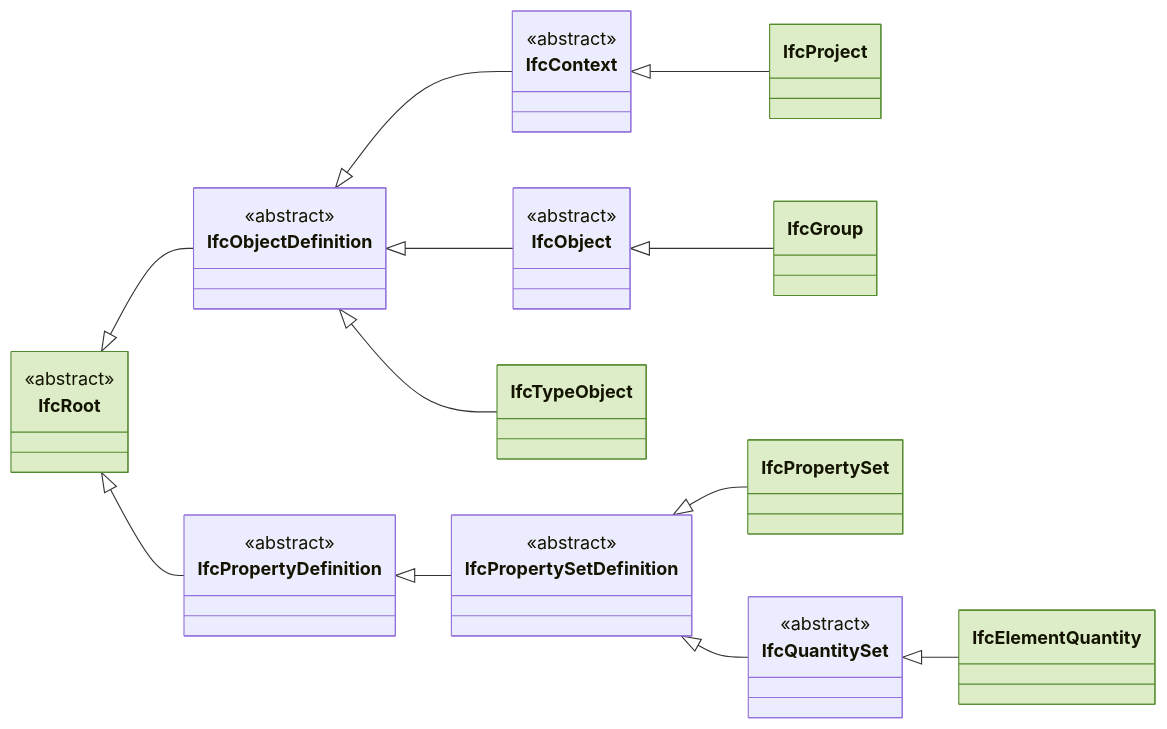
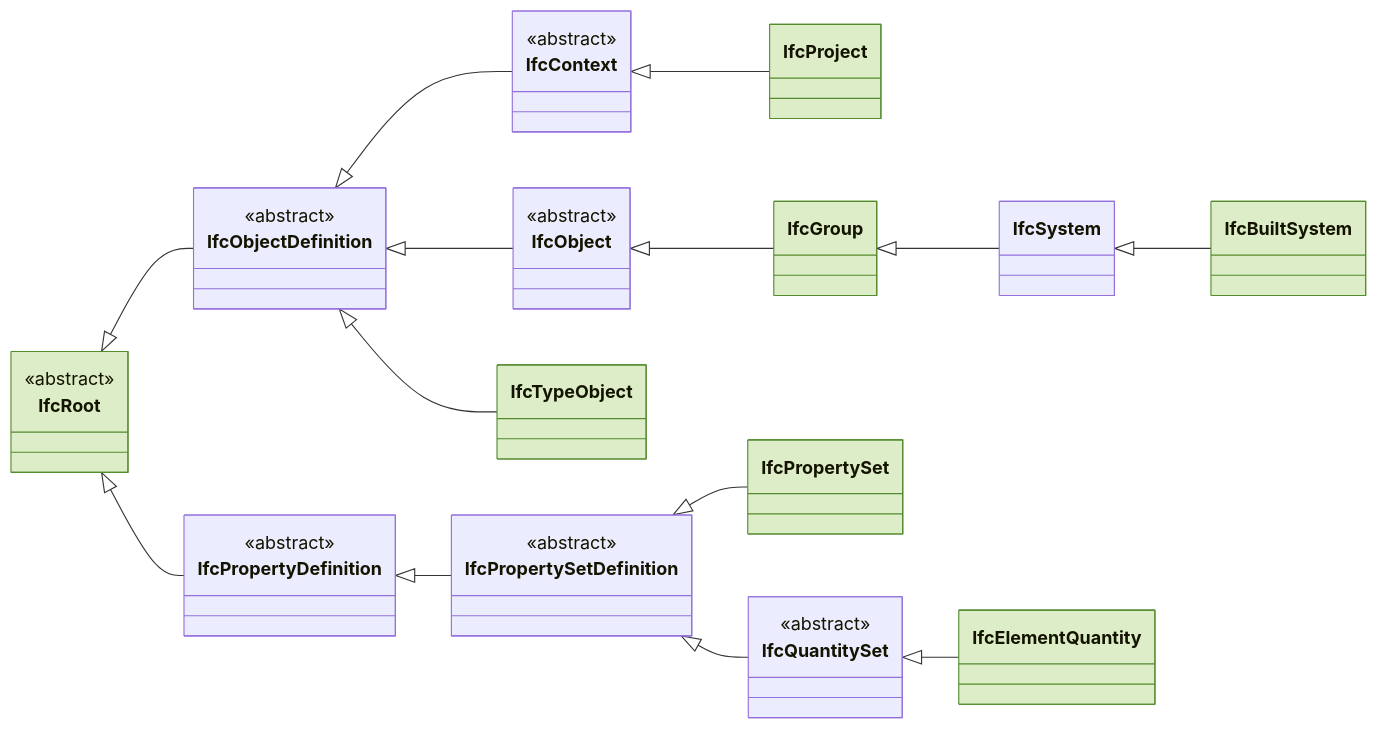
The tenth of 10 diagrams in docs/ifc/entities-genutzt.md (fabiologe/quagg_page_public), drawn with Mermaid before and after one commit. The commit also changed other lines of this file and 12 other files, not shown here.

````diff
--- a/docs/ifc/entities-genutzt.md
+++ b/docs/ifc/entities-genutzt.md
@@ -261,28 +261,31 @@
 ```mermaid
 classDiagram
   direction LR
   IfcContext <|-- IfcProject
+  IfcGroup <|-- IfcSystem
   IfcObject <|-- IfcGroup
   IfcObjectDefinition <|-- IfcContext
   IfcObjectDefinition <|-- IfcObject
   IfcObjectDefinition <|-- IfcTypeObject
   IfcPropertyDefinition <|-- IfcPropertySetDefinition
   IfcPropertySetDefinition <|-- IfcPropertySet
   IfcPropertySetDefinition <|-- IfcQuantitySet
   IfcQuantitySet <|-- IfcElementQuantity
   IfcRoot <|-- IfcObjectDefinition
   IfcRoot <|-- IfcPropertyDefinition
+  IfcSystem <|-- IfcBuiltSystem
   <<abstract>> IfcContext
   <<abstract>> IfcObject
   <<abstract>> IfcObjectDefinition
   <<abstract>> IfcPropertyDefinition
   <<abstract>> IfcPropertySetDefinition
   <<abstract>> IfcQuantitySet
   <<abstract>> IfcRoot
+  style IfcBuiltSystem fill:#dcedc8,stroke:#558b2f
   style IfcElementQuantity fill:#dcedc8,stroke:#558b2f
   style IfcGroup fill:#dcedc8,stroke:#558b2f
   style IfcProject fill:#dcedc8,stroke:#558b2f
   style IfcPropertySet fill:#dcedc8,stroke:#558b2f
   style IfcRoot fill:#dcedc8,stroke:#558b2f
   style IfcTypeObject fill:#dcedc8,stroke:#558b2f
 ```
````
